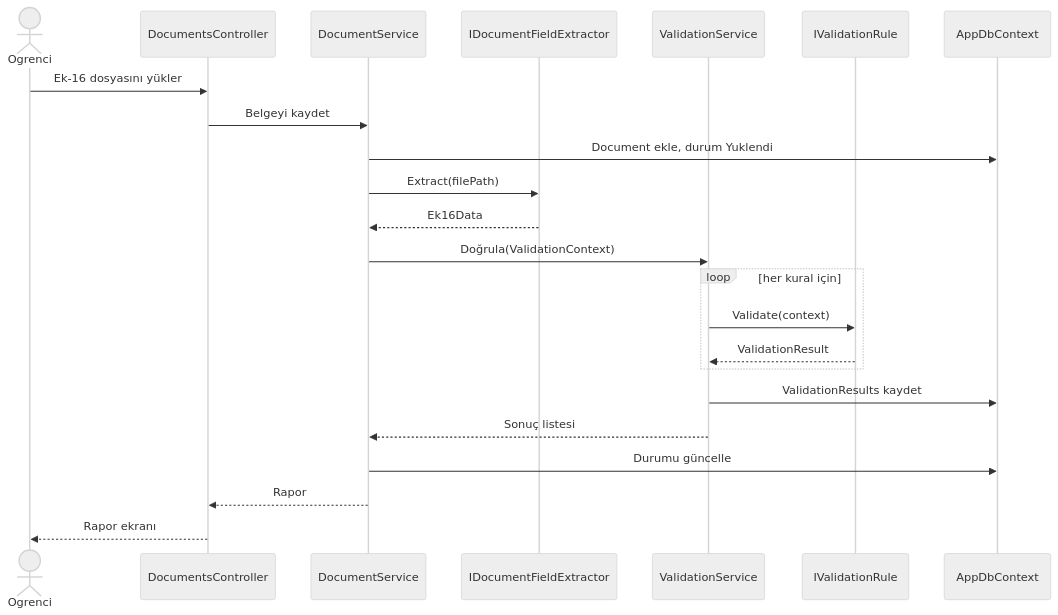
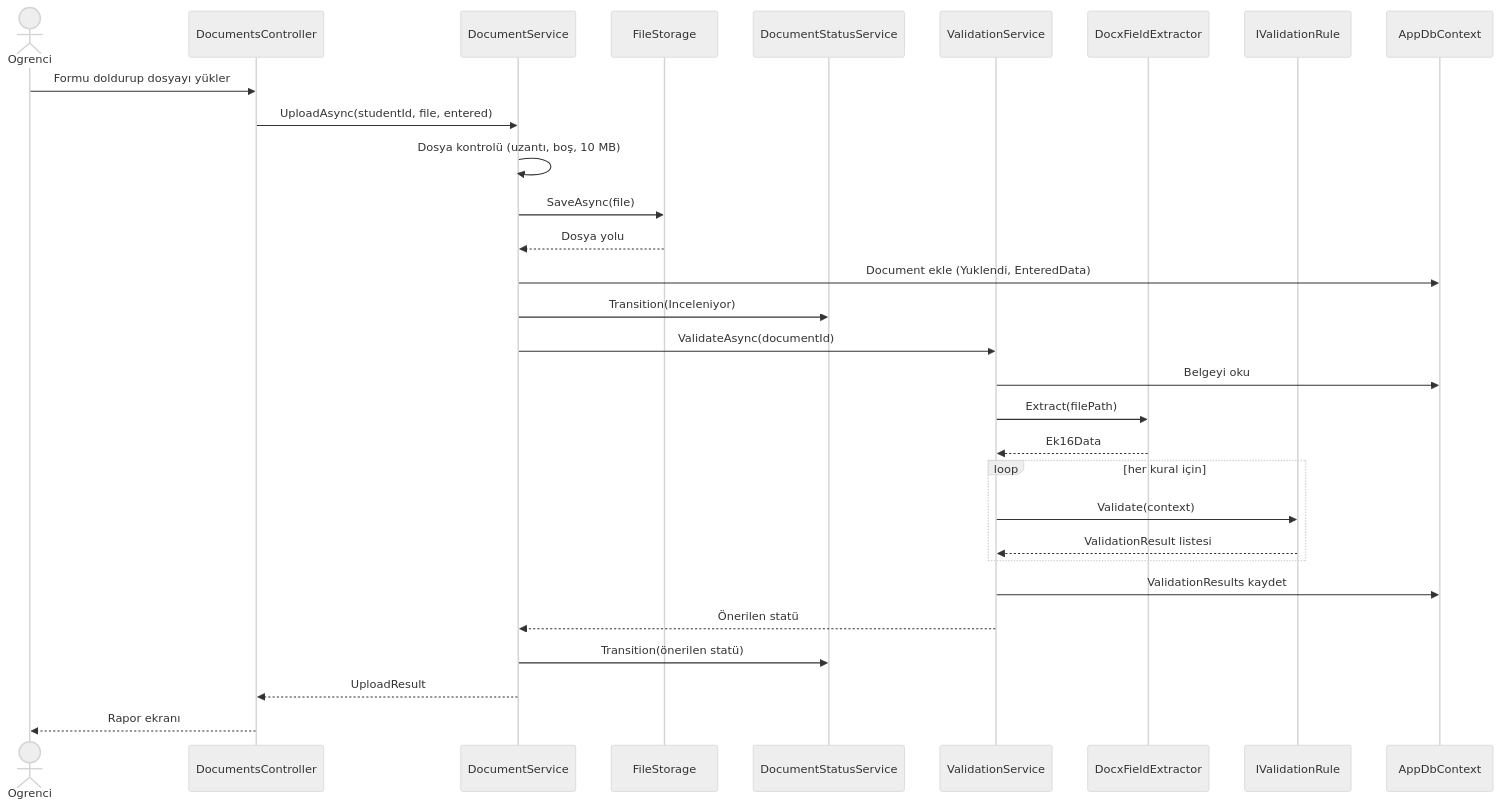
One commit to oyku2707/Prolab-3---Staj-Evrak-Dogrulama-ve-Yonetim-Sistemi changed the diagram in Diyagramlar/sequence-yukleme.md. Above: the diagram before and after it, drawn with Mermaid (neutral theme). The commit also changed 1 other file, not shown here.

Commit message:
Akis-belge ve sequence diyagramları güncellendi

````diff
--- a/Diyagramlar/sequence-yukleme.md
+++ b/Diyagramlar/sequence-yukleme.md
@@ -3,26 +3,33 @@
 ```mermaid
-sequenceDiagram
+  sequenceDiagram
     actor Ogrenci
     participant Ctrl as DocumentsController
     participant DS as DocumentService
-    participant Ext as IDocumentFieldExtractor
+    participant FS as FileStorage
+    participant ST as DocumentStatusService
     participant VS as ValidationService
+    participant Ext as DocxFieldExtractor
     participant Rule as IValidationRule
     participant DB as AppDbContext
 
-    Ogrenci->>Ctrl: Ek-16 dosyasını yükler
-    Ctrl->>DS: Belgeyi kaydet
-    DS->>DB: Document ekle, durum Yuklendi
-    DS->>Ext: Extract(filePath)
-    Ext-->>DS: Ek16Data
-    DS->>VS: Doğrula(ValidationContext)
+    Ogrenci->>Ctrl: Formu doldurup dosyayı yükler
+    Ctrl->>DS: UploadAsync(studentId, file, entered)
+    DS->>DS: Dosya kontrolü (uzantı, boş, 10 MB)
+    DS->>FS: SaveAsync(file)
+    FS-->>DS: Dosya yolu
+    DS->>DB: Document ekle (Yuklendi, EnteredData)
+    DS->>ST: Transition(Inceleniyor)
+    DS->>VS: ValidateAsync(documentId)
+    VS->>DB: Belgeyi oku
+    VS->>Ext: Extract(filePath)
+    Ext-->>VS: Ek16Data
     loop her kural için
         VS->>Rule: Validate(context)
-        Rule-->>VS: ValidationResult
+        Rule-->>VS: ValidationResult listesi
     end
     VS->>DB: ValidationResults kaydet
-    VS-->>DS: Sonuç listesi
-    DS->>DB: Durumu güncelle
-    DS-->>Ctrl: Rapor
+    VS-->>DS: Önerilen statü
+    DS->>ST: Transition(önerilen statü)
+    DS-->>Ctrl: UploadResult
     Ctrl-->>Ogrenci: Rapor ekranı
    ```
````
